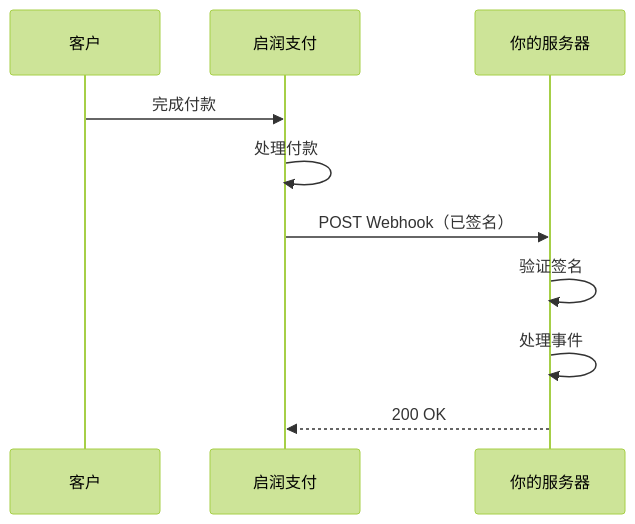
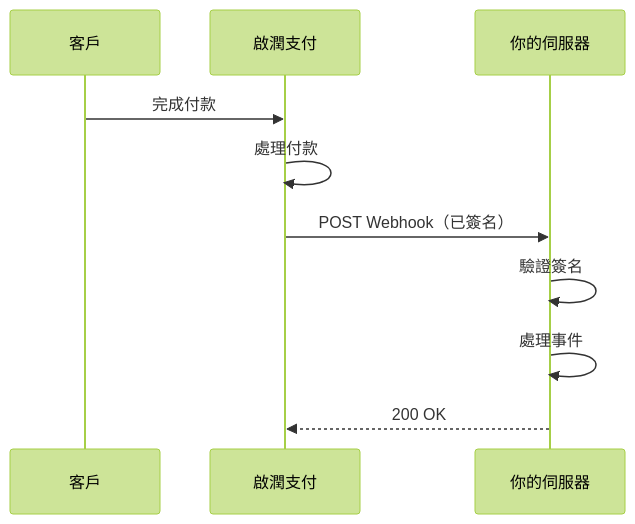
The diagram in zh/webhooks/overview.mdx (kyren-network/mintlify-docs), drawn with Mermaid (forest theme) before and after one commit. The commit also changed other lines of this file and 14 other files, not shown here.

````diff
--- a/zh/webhooks/overview.mdx
+++ b/zh/webhooks/overview.mdx
@@ -10,13 +10,13 @@
 ```mermaid
 sequenceDiagram
-    participant Customer as 客户
-    participant KyrenPay as 启润支付
-    participant YourServer as 你的服务器
+    participant Customer as 客戶
+    participant KyrenPay as 啟潤支付
+    participant YourServer as 你的伺服器
 
     Customer->>KyrenPay: 完成付款
-    KyrenPay->>KyrenPay: 处理付款
-    KyrenPay->>YourServer: POST Webhook（已签名）
-    YourServer->>YourServer: 验证签名
-    YourServer->>YourServer: 处理事件
+    KyrenPay->>KyrenPay: 處理付款
+    KyrenPay->>YourServer: POST Webhook（已簽名）
+    YourServer->>YourServer: 驗證簽名
+    YourServer->>YourServer: 處理事件
     YourServer-->>KyrenPay: 200 OK
 ```
````
